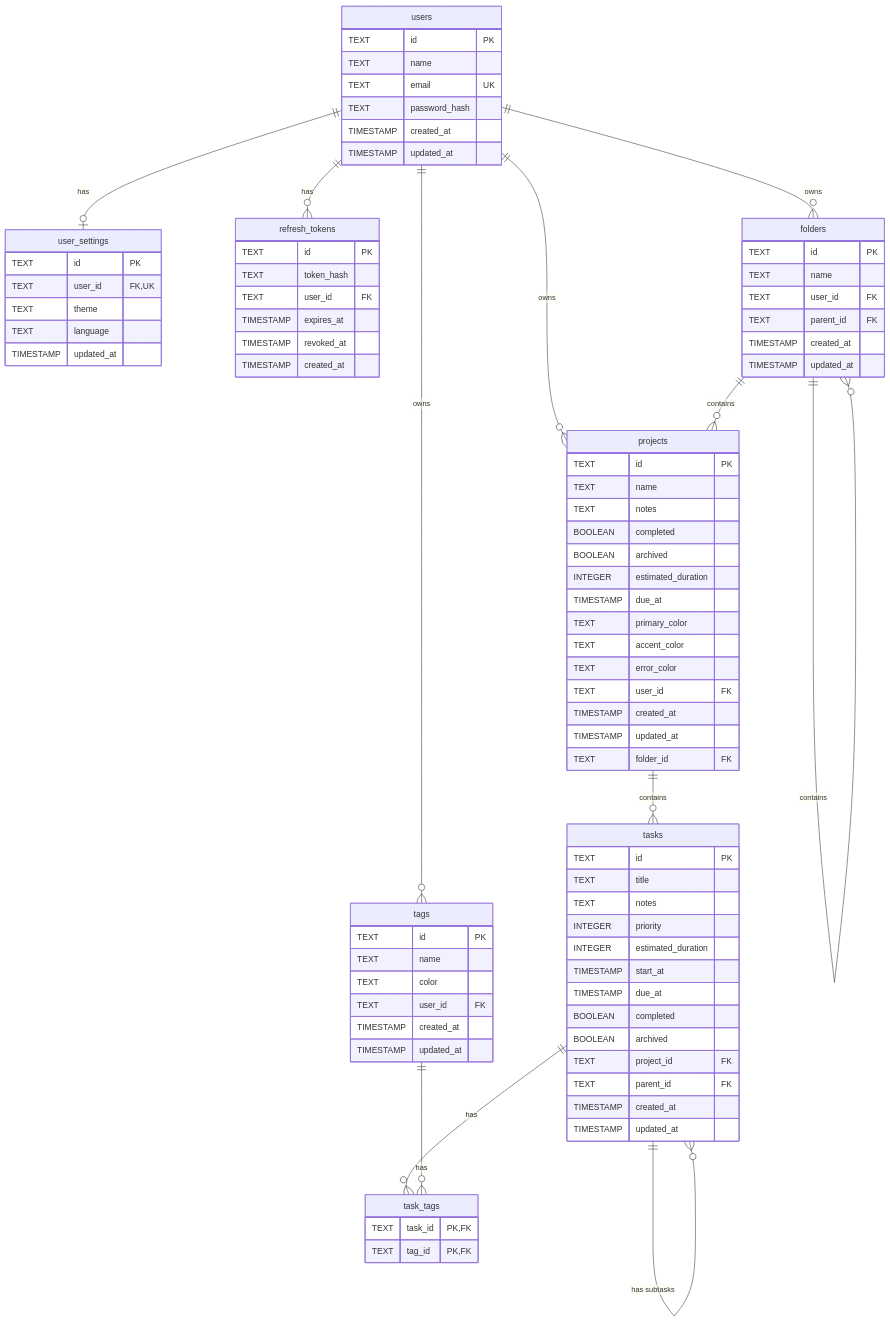
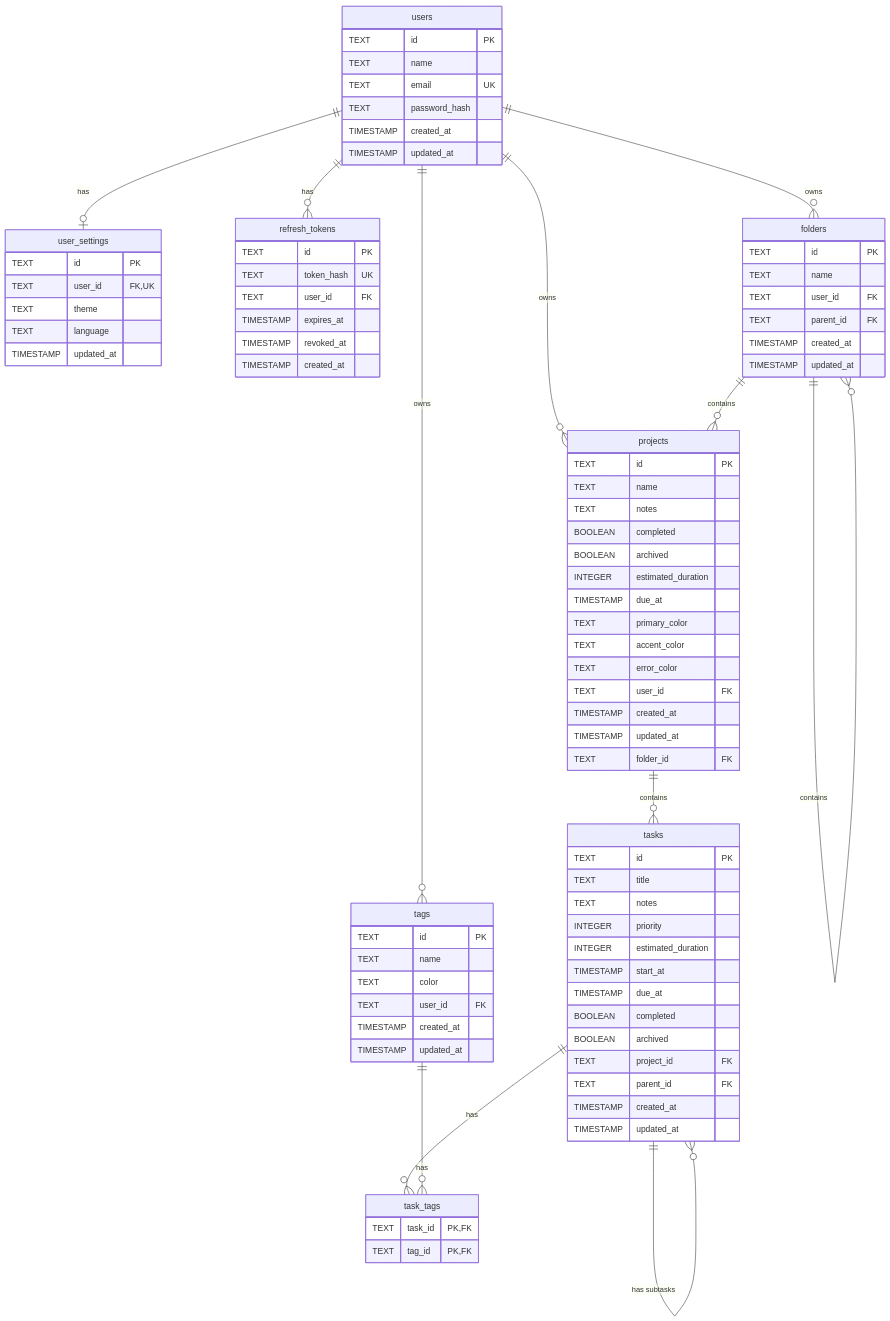
The diagram in docs/diagrams/erd/erd.md (davihenriquedev1/prodixus), drawn with Mermaid before and after one commit. The commit also changed 65 other files, not shown here.

````diff
--- a/docs/diagrams/erd/erd.md
+++ b/docs/diagrams/erd/erd.md
@@ -1,6 +3,5 @@
 ```mermaid
 erDiagram
-
     users {
         TEXT id PK
         TEXT name
@@ -20,7 +21,7 @@
 
     refresh_tokens {
         TEXT id PK
-        TEXT token_hash
+        TEXT token_hash UK
         TEXT user_id FK
         TIMESTAMP expires_at
         TIMESTAMP revoked_at
@@ -88,14 +89,10 @@
     users ||--o{ projects : "owns"
     users ||--o{ tags : "owns"
     users ||--o{ folders : "owns"
-
     folders ||--o{ projects : "contains"
     folders ||--o{ folders : "contains"
-
     projects ||--o{ tasks : "contains"
-
     tasks ||--o{ tasks : "has subtasks"
-
     tasks ||--o{ task_tags : "has"
     tags ||--o{ task_tags : "has"
 ```
````
